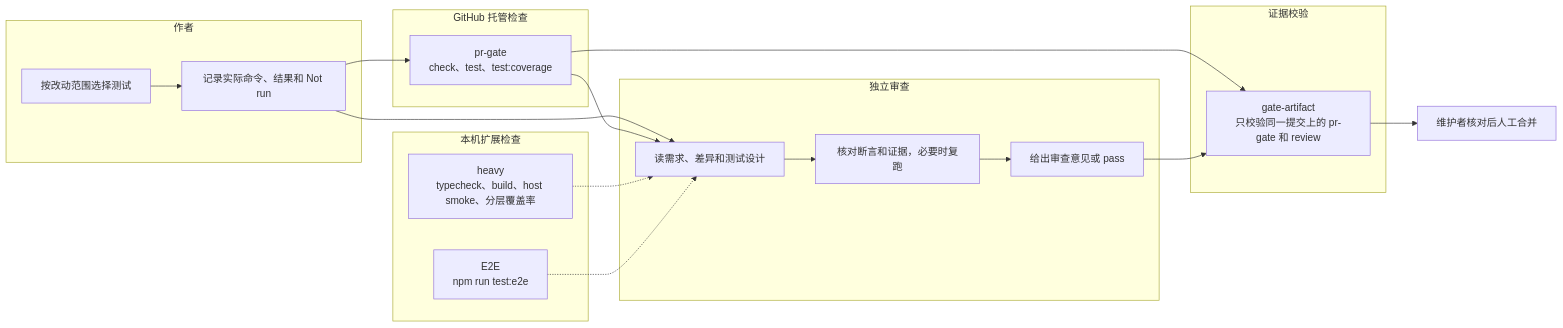
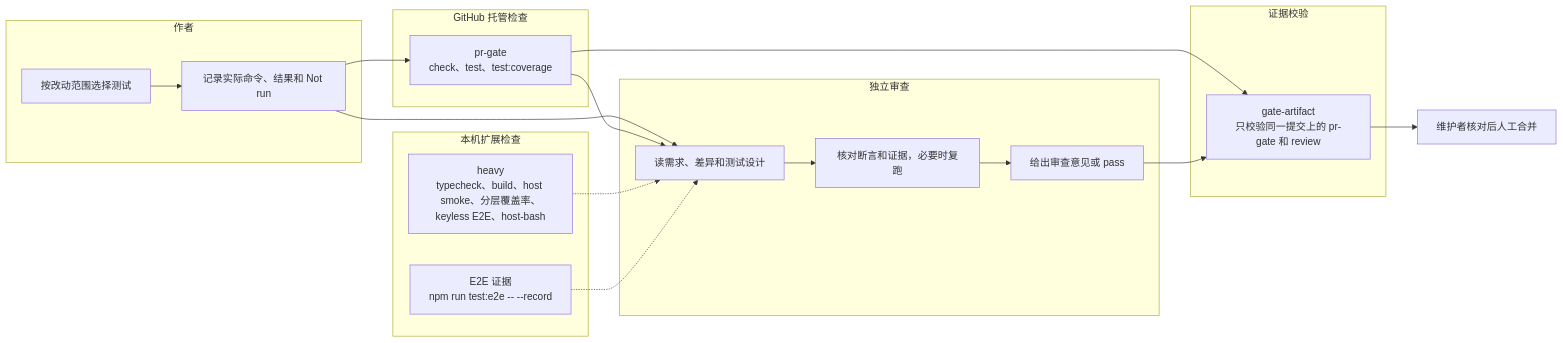
Before and after one commit to leigangzhang/dsh-cowork: the third of 4 diagrams in docs/github-workflow.md, drawn with Mermaid. The commit also changed other lines of this file, not shown here.

First line of the commit message:
docs(process): 对齐 heavy 的 E2E 与 host-bash 流程

````diff
--- a/docs/github-workflow.md
+++ b/docs/github-workflow.md
@@ -130,31 +130,31 @@
 ```mermaid
 flowchart LR
   subgraph AUTH[作者]
     A["按改动范围选择测试"]
     B["记录实际命令、结果和 Not run"]
   end
   subgraph HOST[GitHub 托管检查]
     C["pr-gate<br/>check、test、test:coverage"]
   end
   subgraph REVIEW[独立审查]
     D["读需求、差异和测试设计"]
     E["核对断言和证据，必要时复跑"]
     F["给出审查意见或 pass"]
   end
   subgraph LOCAL[本机扩展检查]
-    G["heavy<br/>typecheck、build、host smoke、分层覆盖率"]
-    L["E2E<br/>npm run test:e2e"]
+    G["heavy<br/>typecheck、build、host smoke、分层覆盖率、keyless E2E、host-bash"]
+    L["E2E 证据<br/>npm run test:e2e -- --record"]
   end
   subgraph GATE[证据校验]
     H["gate-artifact<br/>只校验同一提交上的 pr-gate 和 review"]
   end
   A --> B --> C
   B --> D
   C --> D
   D --> E --> F
   G -.-> D
   L -.-> D
   C --> H
   F --> H
   H --> I["维护者核对后人工合并"]
 ```
````
